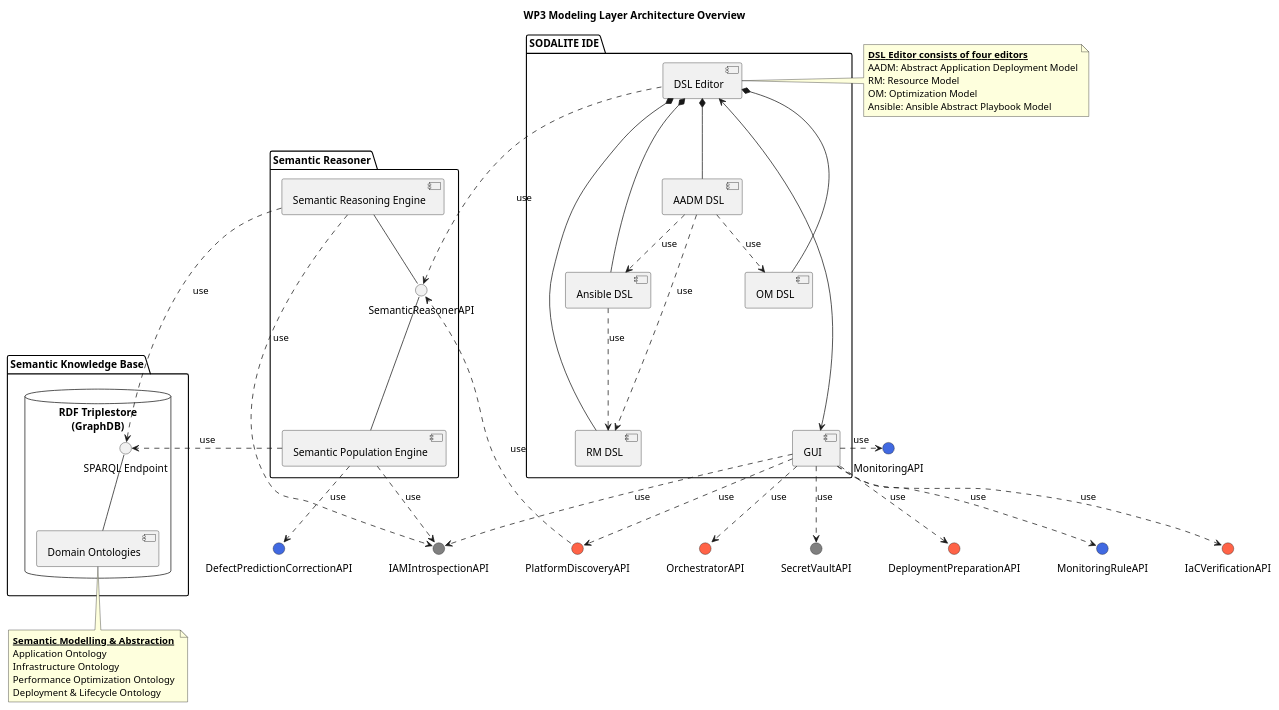
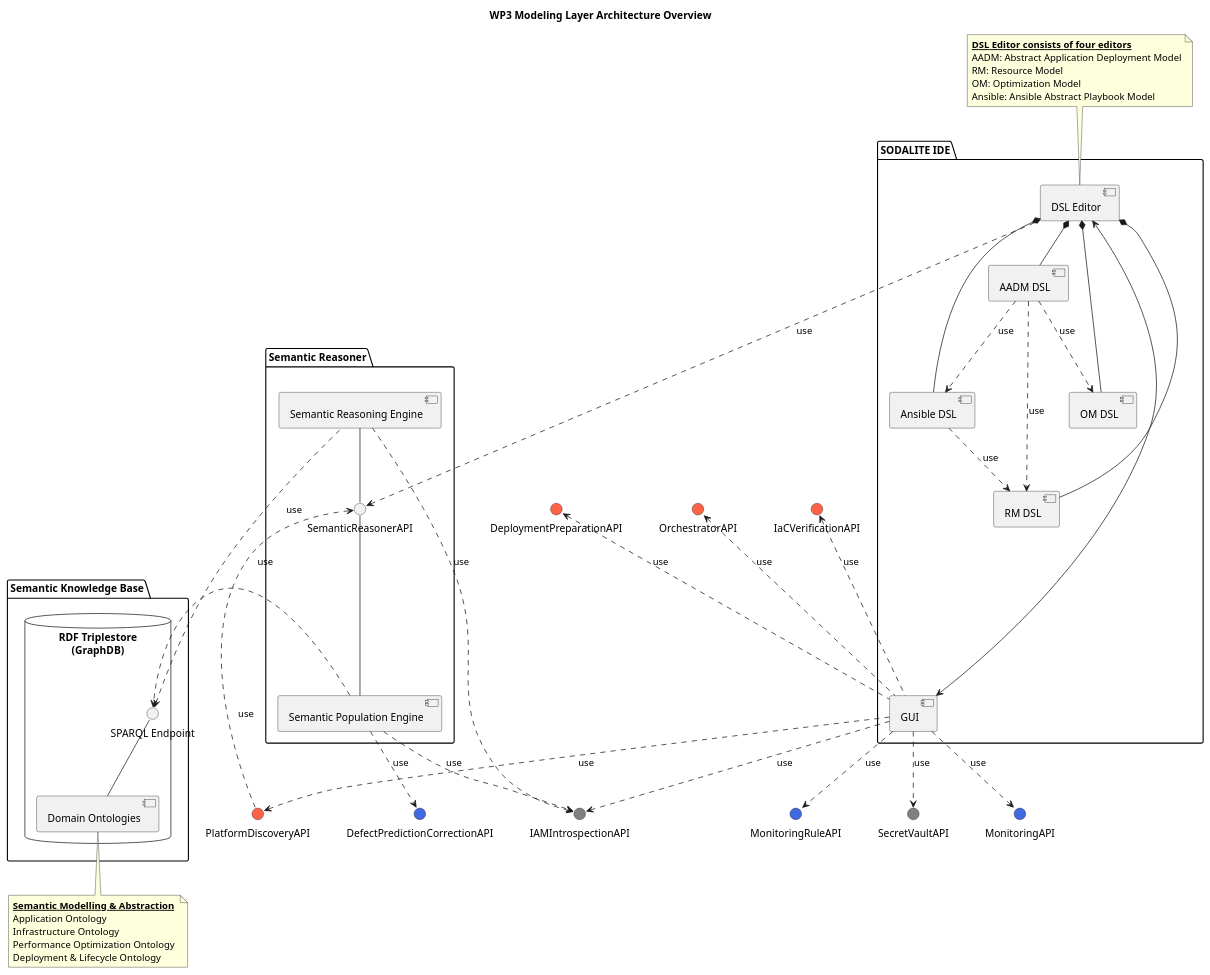
The diagram in uml/component-diagrams/CD-WP3-ArchitectureOverview.puml (SODALITE-EU/project-wide-documentation), drawn with PlantUML before and after one commit.

Commit message:
WP3 Architecture

```diff
--- a/uml/component-diagrams/CD-WP3-ArchitectureOverview.puml
+++ b/uml/component-diagrams/CD-WP3-ArchitectureOverview.puml
@@ -1,84 +1,84 @@
 @startuml
 
 title WP3 Modeling Layer Architecture Overview
 
 interface "IAMIntrospectionAPI" as AAUAPI #808080
 interface "SecretVaultAPI" as SecretVaultAPI #808080
 interface "DeploymentPreparationAPI" as deploymentPreparationAPI #FF6347
 interface "DefectPredictionCorrectionAPI" as correctionAPI #4169E1
 interface "MonitoringAPI" as monitoringAPI #4169E1
 interface "MonitoringRuleAPI" as monitoringRuleAPI #4169E1
 interface "IaCVerificationAPI" as iacverificationAPI #FF6347
 interface "OrchestratorAPI" as orchestratorAPI #FF6347
 interface "PlatformDiscoveryAPI" as PDS #FF6347
 
 package "SODALITE IDE" as IDE {
     component [DSL Editor] as ideDSLeditor
     component [AADM DSL] as AADM
     component [RM DSL] as RM
     component [OM DSL] as OM
     component [Ansible DSL] as Ansible
 
     ideDSLeditor *-- AADM
     ideDSLeditor *-- RM
     ideDSLeditor *-- OM
     ideDSLeditor *-- Ansible
     AADM ..> Ansible: use
     AADM ..> RM: use
     AADM ..> OM: use
     Ansible ..> RM :use
     component [GUI] as ideGUI
 }
 
-note right of ideDSLeditor
+note top of ideDSLeditor
    __**DSL Editor consists of four editors**__ 
    AADM: Abstract Application Deployment Model
    RM: Resource Model
    OM: Optimization Model
    Ansible: Ansible Abstract Playbook Model
 end note
 
 
 package "Semantic Reasoner" as res {
     interface "SemanticReasonerAPI" as resAPI
     component [Semantic Population Engine] as resPopulationEngine
     component [Semantic Reasoning Engine] as resReasoningEngine
 }
 
 package "Semantic Knowledge Base" as repo {
     database "RDF Triplestore\n(GraphDB)" as triplestore {
         interface "SPARQL Endpoint" as repoEndpoint
         component [Domain Ontologies] as repoOntologies
     }
 }
 
 note bottom of repoOntologies
    __**Semantic Modelling & Abstraction**__ 
    Application Ontology
    Infrastructure Ontology
    Performance Optimization Ontology
    Deployment & Lifecycle Ontology
 end note
 
 ideGUI ..> PDS : use
 PDS ..> resAPI : use
 resAPI -down- resPopulationEngine
 resAPI -up- resReasoningEngine
 ideDSLeditor .left..> resAPI: use
-ideDSLeditor <-down---> ideGUI 
+ideDSLeditor <-down----> ideGUI 
 repoOntologies -up- repoEndpoint
 resPopulationEngine .right.> repoEndpoint: use
 resReasoningEngine .left.> repoEndpoint: use
 resReasoningEngine ..> AAUAPI: use
 resPopulationEngine ..> correctionAPI: use
 resPopulationEngine ..> AAUAPI: use
-ideGUI ..> deploymentPreparationAPI : use
-ideGUI .> monitoringAPI : use
+ideGUI .up.> deploymentPreparationAPI : use
+ideGUI ..> monitoringAPI : use
 ideGUI ..> monitoringRuleAPI : use
-ideGUI ..> iacverificationAPI : use
+ideGUI .up.> iacverificationAPI : use
 ideGUI ..> SecretVaultAPI : use
-ideGUI ..> orchestratorAPI : use
+ideGUI .up.> orchestratorAPI : use
 ideGUI ..> AAUAPI: use
 
 
 @enduml
```
